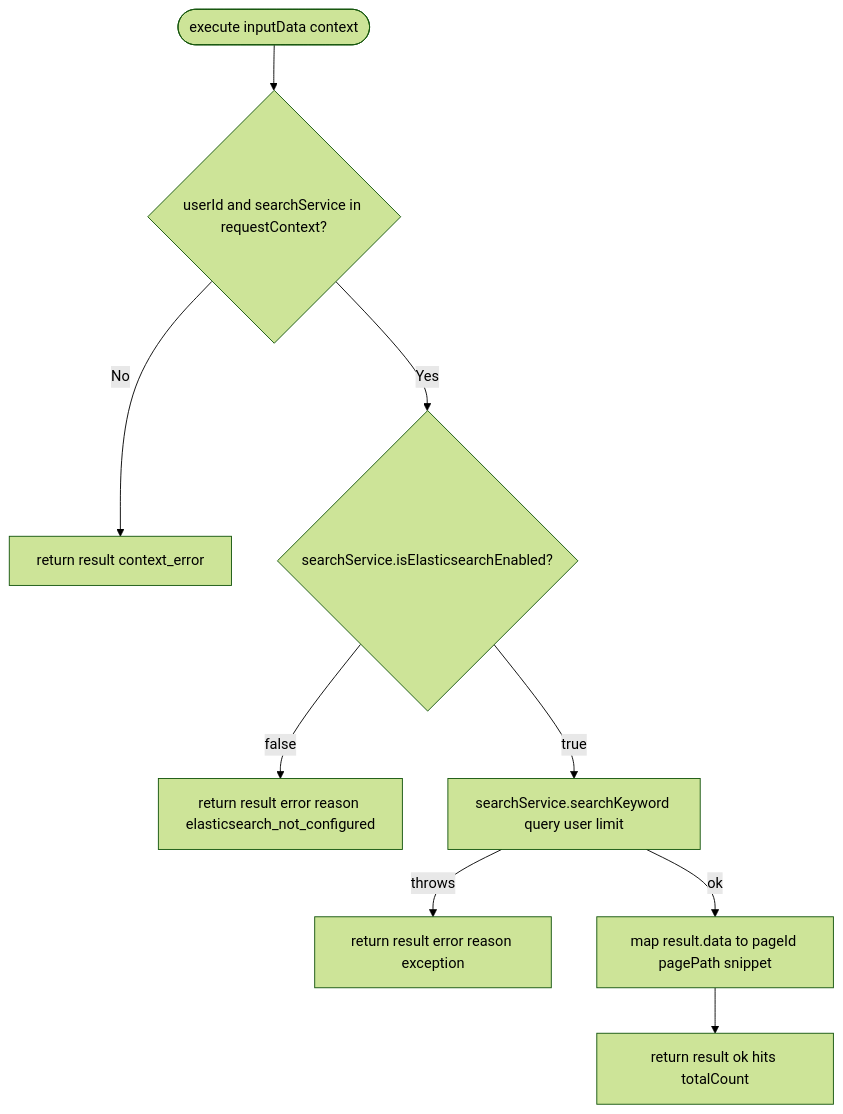
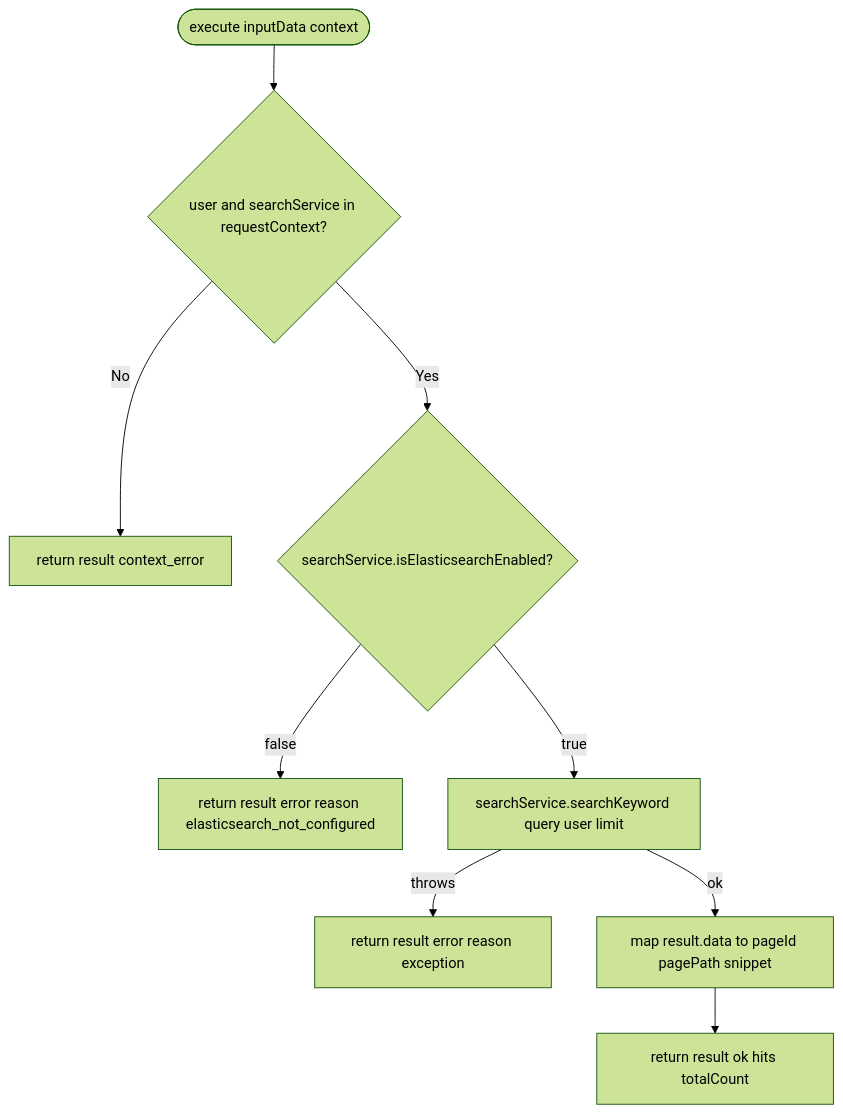
The fourth of 4 diagrams in .kiro/specs/agentic-search/design.md (growilabs/growi), drawn with Mermaid (forest theme) before and after one commit. The commit also changed other lines of this file and 1 other file, not shown here.

Commit message:
feat: Enhance agentic search tools and request context

````diff
--- a/.kiro/specs/agentic-search/design.md
+++ b/.kiro/specs/agentic-search/design.md
@@ -259,11 +259,11 @@
 ```mermaid
 flowchart TD
-    Start2([execute inputData context]) --> CheckUser{userId and searchService in requestContext?}
+    Start2([execute inputData context]) --> CheckUser{user and searchService in requestContext?}
     CheckUser -- No --> CtxErr[return result context_error]
     CheckUser -- Yes --> CheckES{searchService.isElasticsearchEnabled?}
     CheckES -- false --> EsDisabled[return result error reason elasticsearch_not_configured]
     CheckES -- true --> CallSearch[searchService.searchKeyword query user limit]
     CallSearch -- throws --> Err[return result error reason exception]
     CallSearch -- ok --> Map[map result.data to pageId pagePath snippet]
     Map --> Ret[return result ok hits totalCount]
 ```
````
